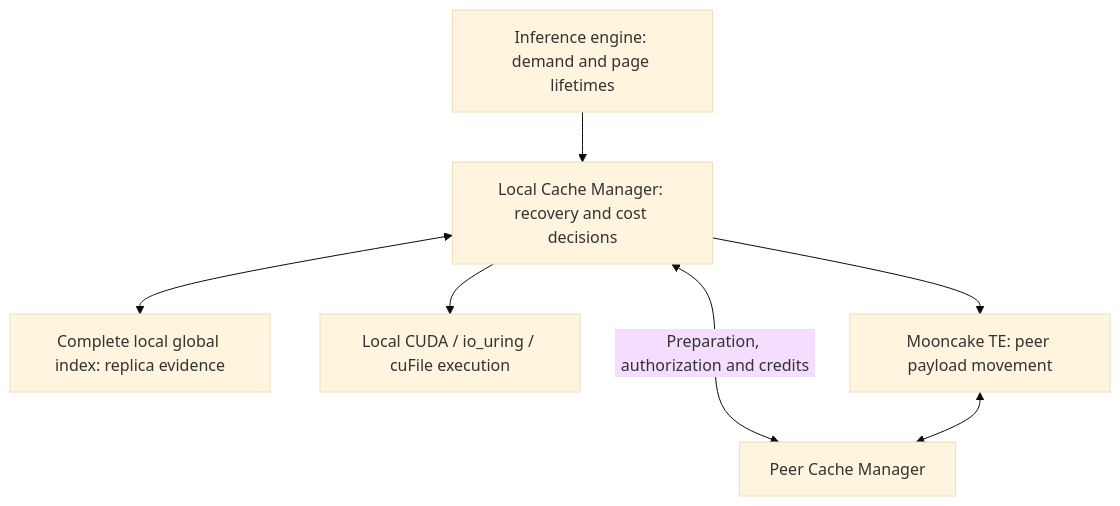
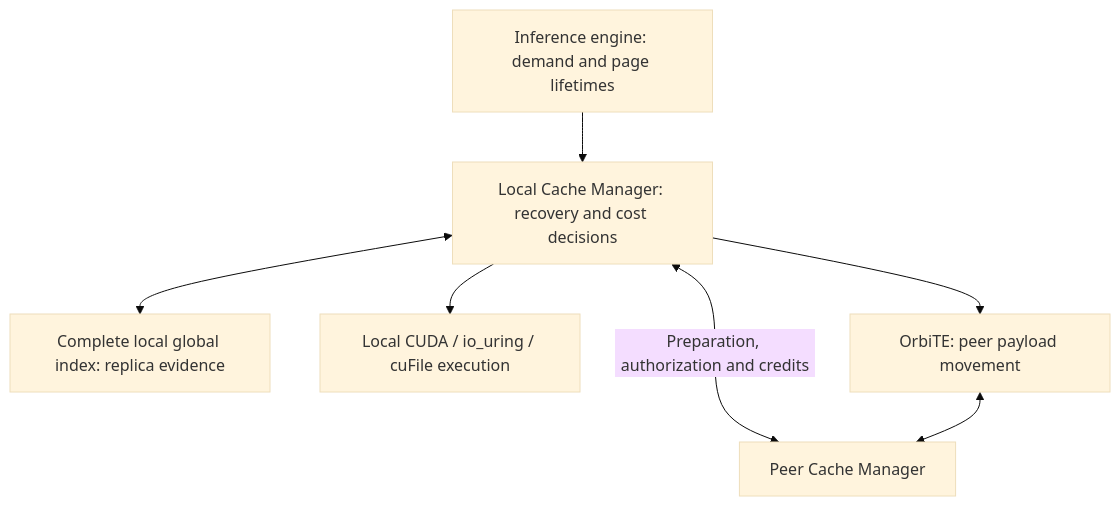
Before and after one commit to OrbitInfra/OrbitKV: the first of 3 diagrams in docs/state-planning.md, drawn with Mermaid (base theme). The commit also changed other lines of this file and 224 other files, not shown here.

````diff
--- a/docs/state-planning.md
+++ b/docs/state-planning.md
@@ -28,9 +28,9 @@
 ```mermaid
 flowchart TB
     E["Inference engine: demand and page lifetimes"] --> M["Local Cache Manager: recovery and cost decisions"]
     M <--> C["Complete local global index: replica evidence"]
     M <-->|"Preparation, authorization and credits"| P["Peer Cache Manager"]
     M --> L["Local CUDA / io_uring / cuFile execution"]
-    M --> T["Mooncake TE: peer payload movement"]
+    M --> T["OrbiTE: peer payload movement"]
     T <--> P
 ```
````
